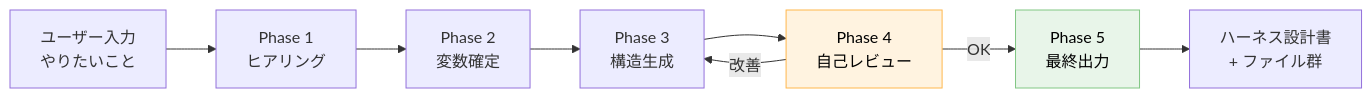
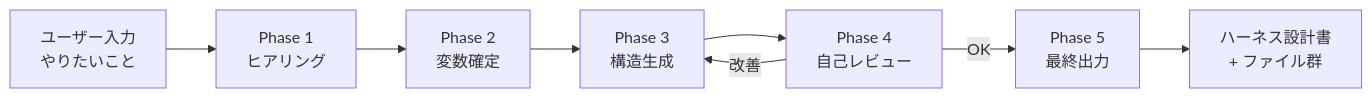
One commit to dinekt/dinekt-wiki changed the first of 2 diagrams in docs/tools/forge-ハーネス設計フレームワーク.md. Above: the diagram before and after it, drawn with Mermaid. The commit also changed other lines of this file and 70 other files, not shown here.

First line of the commit message:
fix(mermaid): strip all inline styling, rely on theme

````diff
--- a/docs/tools/forge-ハーネス設計フレームワーク.md
+++ b/docs/tools/forge-ハーネス設計フレームワーク.md
@@ -23,16 +23,14 @@
 ```mermaid
 flowchart LR
     U[ユーザー入力<br/>やりたいこと] --> P1
     P1[Phase 1<br/>ヒアリング]
     P2[Phase 2<br/>変数確定]
     P3[Phase 3<br/>構造生成]
     P4[Phase 4<br/>自己レビュー]
     P5[Phase 5<br/>最終出力]
     P1 --> P2 --> P3 --> P4
     P4 -->|改善| P3
     P4 -->|OK| P5
     P5 --> O[ハーネス設計書<br/>+ ファイル群]
 
-    style P4 fill:#fff3e0,stroke:#ffb74d,color:#000
-    style P5 fill:#e8f5e9,stroke:#81c784,color:#000
 ```
````
